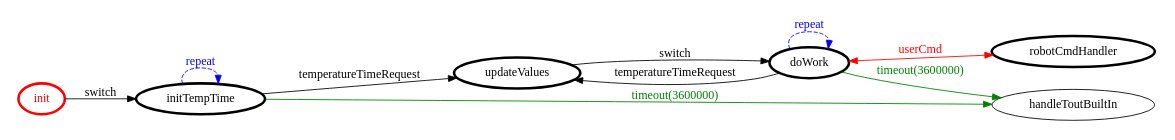
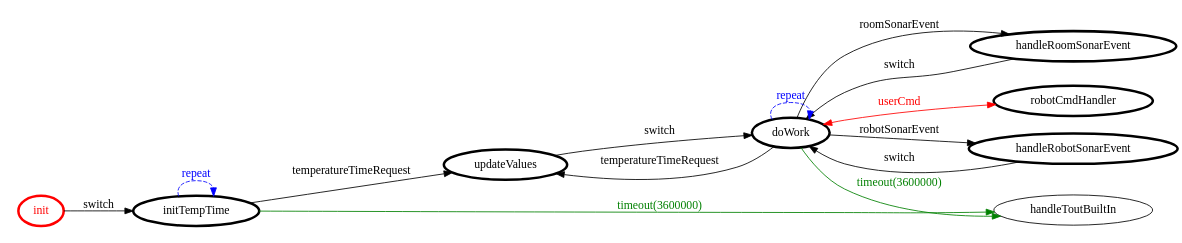
One commit to FraGio/iss2018 changed the diagram in it.unibo.problemAnalysis/srcMore/it/unibo/mind/mind.gv. Above: the diagram before and after it, drawn with Graphviz. The commit also changed 38 other files, not shown here.

```diff
--- a/it.unibo.problemAnalysis/srcMore/it/unibo/mind/mind.gv
+++ b/it.unibo.problemAnalysis/srcMore/it/unibo/mind/mind.gv
@@ -1,27 +1,33 @@
 /*
 *
 * A GraphViz DOT FSM description 
 * Please use a GraphViz visualizer (like http://www.webgraphviz.com)
 *  
 */
 
 digraph finite_state_machine {
 	rankdir=LR
 	size="8,5"
 	
 	init [ color = red ][ fontcolor = red ][ penwidth = 3 ]
+	handleRoomSonarEvent [ color = black ][ fontcolor = black ][ penwidth = 3 ]
 	doWork [ color = black ][ fontcolor = black ][ penwidth = 3 ]
 	initTempTime [ color = black ][ fontcolor = black ][ penwidth = 3 ]
 	updateValues [ color = black ][ fontcolor = black ][ penwidth = 3 ]
 	robotCmdHandler [ color = black ][ fontcolor = black ][ penwidth = 3 ]
+	handleRobotSonarEvent [ color = black ][ fontcolor = black ][ penwidth = 3 ]
 	
 	initTempTime -> initTempTime [ label = "repeat "][ style = dashed ][ color = blue ][ fontcolor = blue ]
 	doWork -> handleToutBuiltIn [ label = "timeout(3600000)" ][ color = green ][ fontcolor = green ]
 	updateValues -> doWork [ label = "switch" ][ color = black ][ fontcolor = black ]
-	initTempTime -> updateValues [ label = "temperatureTimeRequest" ][ color = black ][ fontcolor = black ]
+	handleRobotSonarEvent -> doWork [ label = "switch" ][ color = black ][ fontcolor = black ]
+	doWork -> handleRobotSonarEvent [ label = "robotSonarEvent" ][ color = black ][ fontcolor = black ]
 	initTempTime -> handleToutBuiltIn [ label = "timeout(3600000)" ][ color = green ][ fontcolor = green ]
-	doWork -> robotCmdHandler [ label = "userCmd" ][ color = red ][ fontcolor = red ][ dir = both ]
+	doWork -> handleRoomSonarEvent [ label = "roomSonarEvent" ][ color = black ][ fontcolor = black ]
 	doWork -> updateValues [ label = "temperatureTimeRequest" ][ color = black ][ fontcolor = black ]
+	handleRoomSonarEvent -> doWork [ label = "switch" ][ color = black ][ fontcolor = black ]
 	init -> initTempTime [ label = "switch" ][ color = black ][ fontcolor = black ]
 	doWork -> doWork [ label = "repeat "][ style = dashed ][ color = blue ][ fontcolor = blue ]
+	initTempTime -> updateValues [ label = "temperatureTimeRequest" ][ color = black ][ fontcolor = black ]
+	doWork -> robotCmdHandler [ label = "userCmd" ][ color = red ][ fontcolor = red ][ dir = both ]
 }
```
